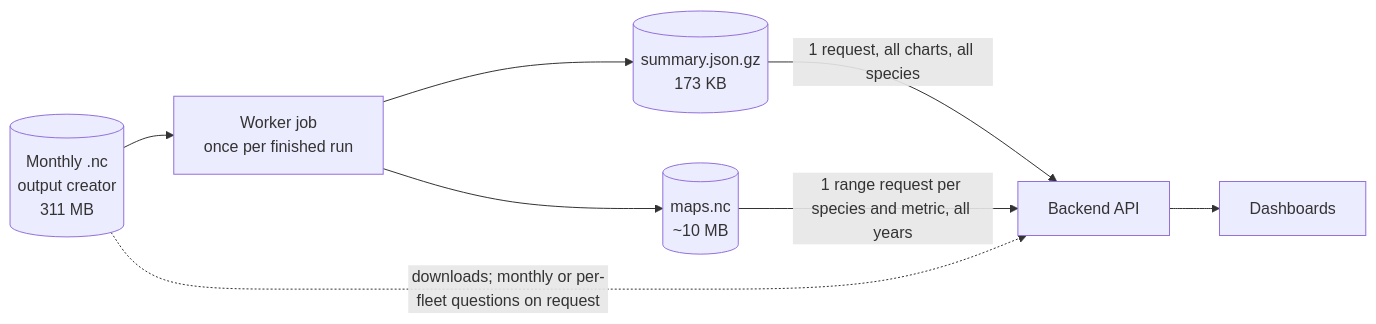
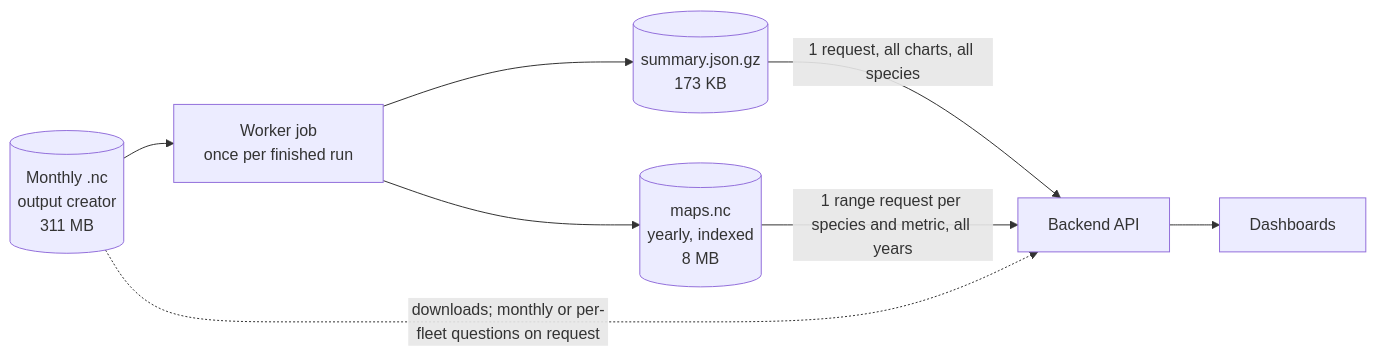
Before and after one commit to SURIMI-Project/SURIMI-modelgui: the diagram in docs/features/experiment-outputs/format-benchmark-2026-11-03.md, drawn with Mermaid. The commit also changed other lines of this file and 215 other files, not shown here.

````diff
--- a/docs/features/experiment-outputs/format-benchmark-2026-11-03.md
+++ b/docs/features/experiment-outputs/format-benchmark-2026-11-03.md
@@ -322,16 +486,16 @@
 ```mermaid
 flowchart LR
     nc[("Monthly .nc<br/>output creator<br/>311 MB")]
     job["Worker job<br/>once per finished run"]
     sum[("summary.json.gz<br/>173 KB")]
-    maps[("maps.nc<br/>~10 MB")]
+    maps[("maps.nc<br/>yearly, indexed<br/>8 MB")]
     api["Backend API"]
     web["Dashboards"]
     nc --> job
     job --> sum
     job --> maps
     sum -->|"1 request, all charts, all species"| api
     maps -->|"1 range request per species and metric, all years"| api
     nc -.->|"downloads; monthly or per-fleet questions on request"| api
     api --> web
 ```
````
